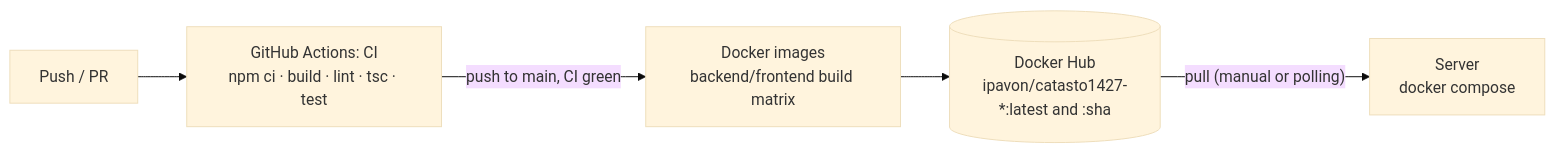
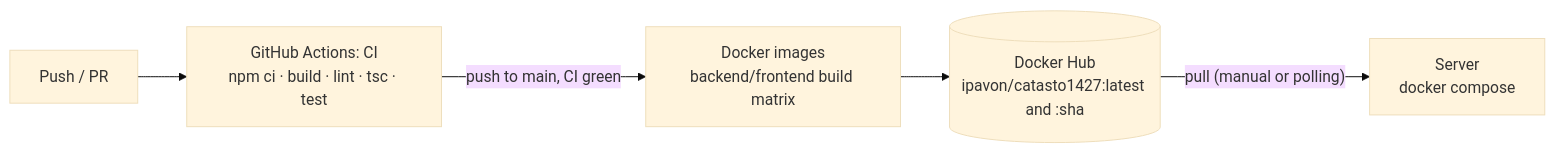
Before and after one commit to AntonioOrf/Catasto: the fourth of 4 diagrams in docs/en/architecture.md, drawn with Mermaid (base theme). The commit also changed other lines of this file and 23 other files, not shown here.

````diff
--- a/docs/en/architecture.md
+++ b/docs/en/architecture.md
@@ -201,7 +199,7 @@
 ```mermaid
 flowchart LR
     Dev[Push / PR] --> CI["GitHub Actions: CI<br/>npm ci · build · lint · tsc · test"]
     CI -- "push to main, CI green" --> DK["Docker images<br/>backend/frontend build matrix"]
-    DK --> HUB[("Docker Hub<br/>ipavon/catasto1427-*:latest and :sha")]
+    DK --> HUB[("Docker Hub<br/>ipavon/catasto1427:latest and :sha")]
     HUB -- "pull (manual or polling)" --> SRV["Server<br/>docker compose"]
 ```
````
